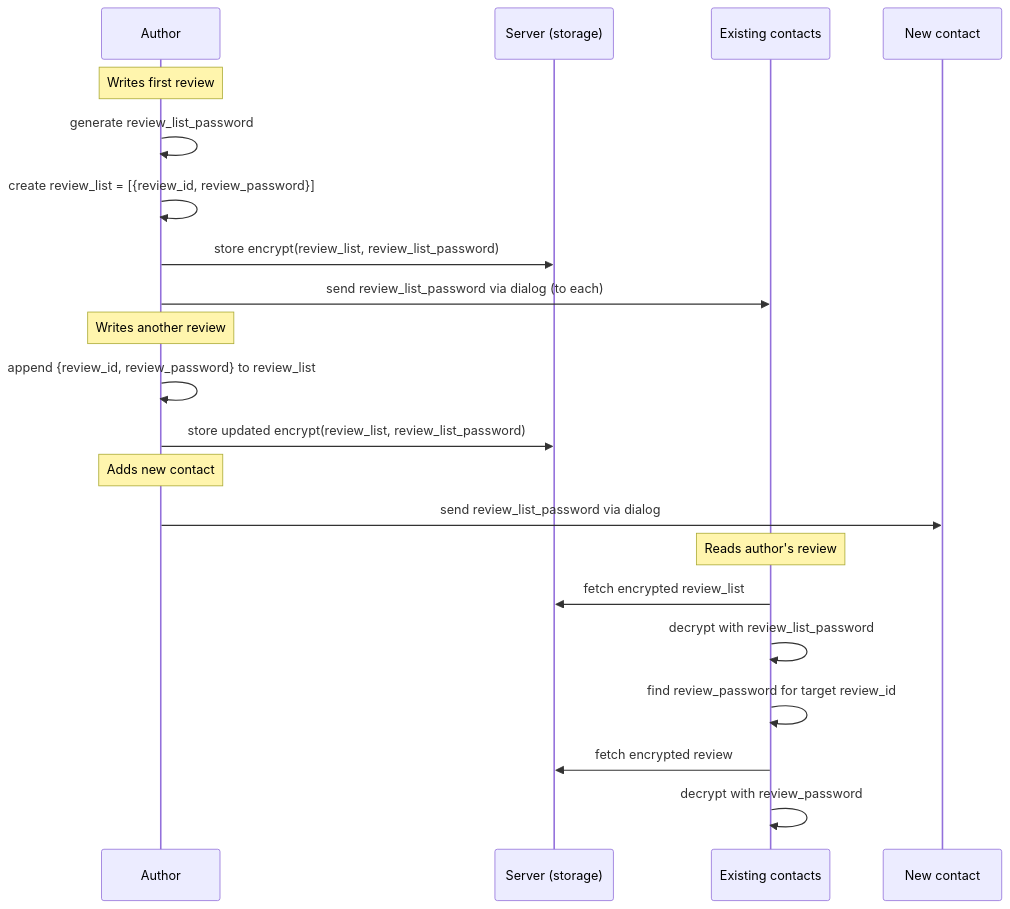
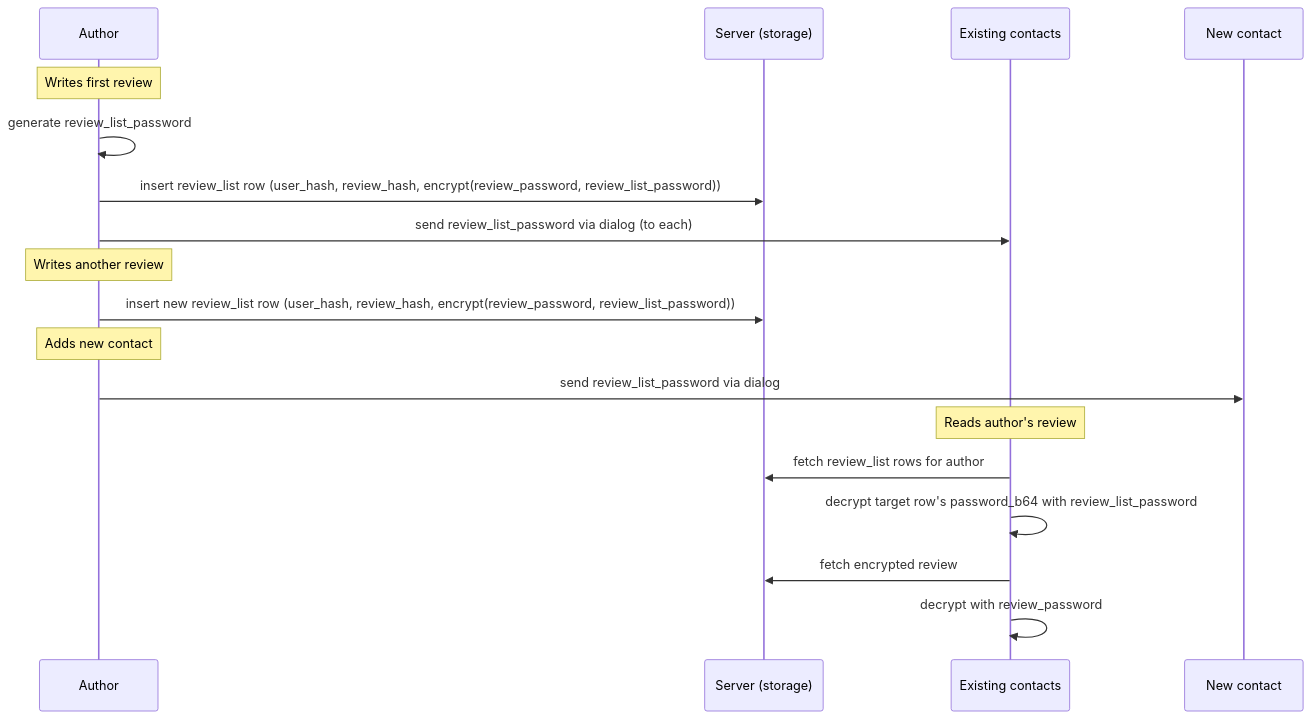
Before and after one commit to Buckitup-chat/chat: the first of 4 diagrams in docs/proposal/reviews.md, drawn with Mermaid. The commit also changed other lines of this file, not shown here.

````diff
--- a/docs/proposal/reviews.md
+++ b/docs/proposal/reviews.md
@@ -80,27 +94,24 @@
 ```mermaid
 sequenceDiagram
     participant A as Author
     participant S as Server (storage)
     participant C as Existing contacts
     participant N as New contact
 
     Note over A: Writes first review
     A->>A: generate review_list_password
-    A->>A: create review_list = [{review_id, review_password}]
-    A->>S: store encrypt(review_list, review_list_password)
+    A->>S: insert review_list row (user_hash, review_hash, encrypt(review_password, review_list_password))
     A->>C: send review_list_password via dialog (to each)
 
     Note over A: Writes another review
-    A->>A: append {review_id, review_password} to review_list
-    A->>S: store updated encrypt(review_list, review_list_password)
+    A->>S: insert new review_list row (user_hash, review_hash, encrypt(review_password, review_list_password))
 
     Note over A: Adds new contact
     A->>N: send review_list_password via dialog
 
     Note over C: Reads author's review
-    C->>S: fetch encrypted review_list
-    C->>C: decrypt with review_list_password
-    C->>C: find review_password for target review_id
+    C->>S: fetch review_list rows for author
+    C->>C: decrypt target row's password_b64 with review_list_password
     C->>S: fetch encrypted review
     C->>C: decrypt with review_password
 ```
````
